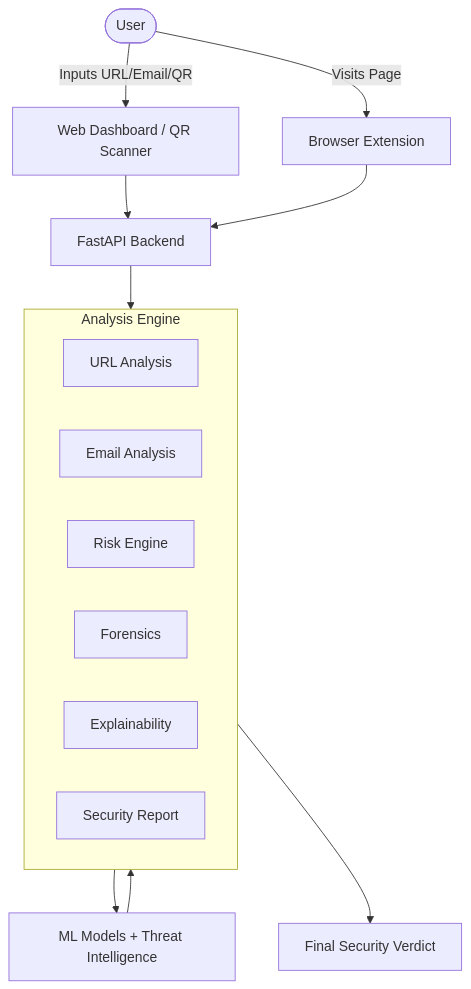
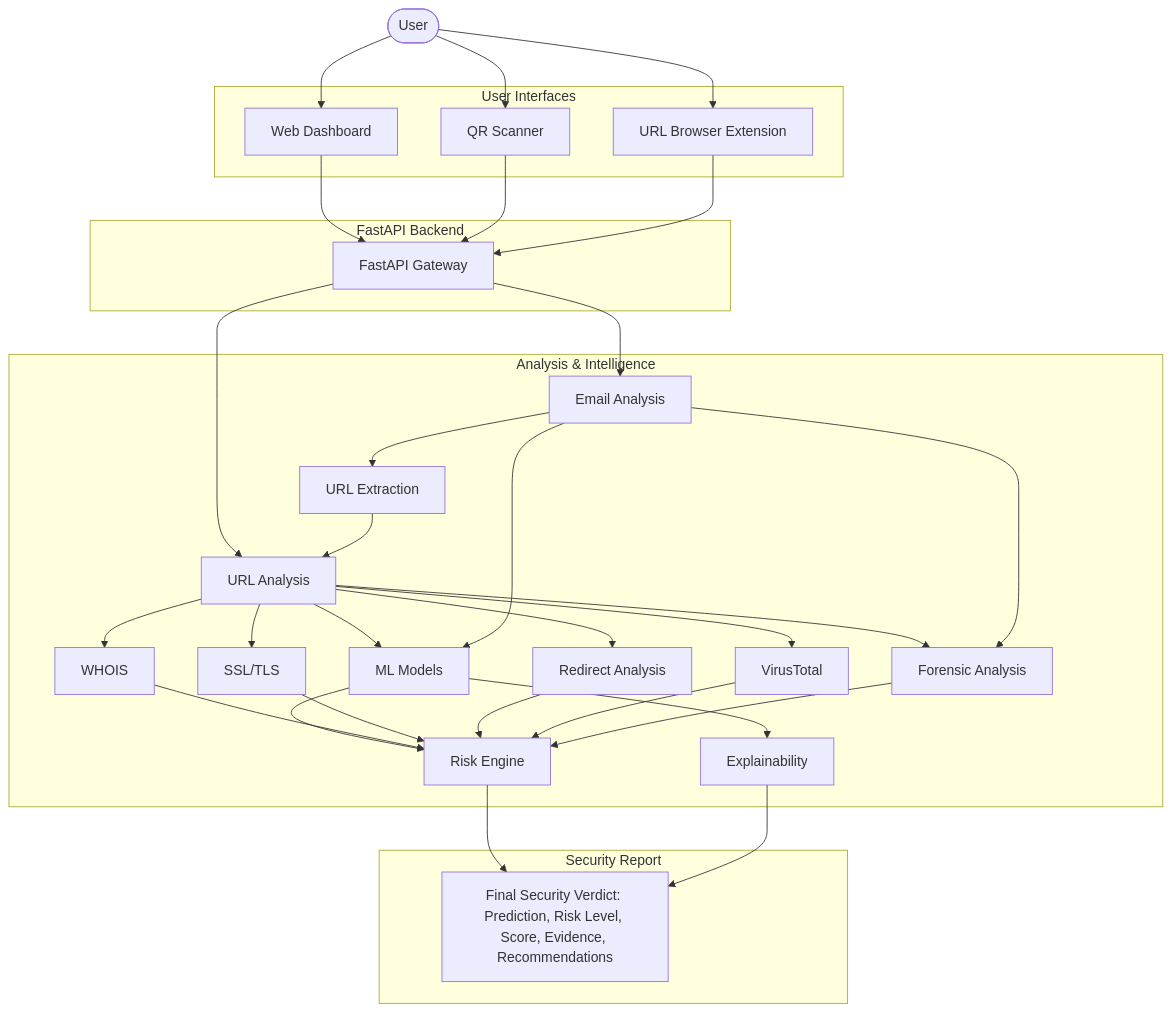
One commit to Dileep0610/PhishShieldAI changed the diagram in README.md. Above: the diagram before and after it, drawn with Mermaid. The commit also changed other lines of this file, not shown here.

````diff
--- a/README.md
+++ b/README.md
@@ -46,31 +56,69 @@
 ```mermaid
 flowchart TD
     User([User])
-    WebDashboard[Web Dashboard / QR Scanner]
-    BrowserExt[Browser Extension]
-    FastAPI[FastAPI Backend]
-    
-    subgraph AnalysisEngine [Analysis Engine]
+
+    subgraph UserInterfaces [User Interfaces]
+        WebDash[Web Dashboard]
+        QRScan[QR Scanner]
+        BrowserExt[URL Browser Extension]
+    end
+
+    subgraph Backend [FastAPI Backend]
+        API[FastAPI Gateway]
+    end
+
+    subgraph AnalysisEngine [Analysis & Intelligence]
         URLAnalysis[URL Analysis]
         EmailAnalysis[Email Analysis]
-        RiskEngine[Risk Engine]
-        Forensics[Forensics]
-        Explainability[Explainability]
-        SecurityReport[Security Report]
+        URLExtract[URL Extraction]
+        Risk[Risk Engine]
+        Forensics[Forensic Analysis]
+        Explain[Explainability]
+        
+        Models[ML Models]
+        WHOIS[WHOIS]
+        SSL[SSL/TLS]
+        Redirects[Redirect Analysis]
+        VT[VirusTotal]
     end
     
-    Models[ML Models + Threat Intelligence]
-    Verdict[Final Security Verdict]
+    subgraph Report [Security Report]
+        Verdict[Final Security Verdict: Prediction, Risk Level, Score, Evidence, Recommendations]
+    end
+
+    User --> WebDash
+    User --> QRScan
+    User --> BrowserExt
+
+    WebDash --> API
+    QRScan --> API
+    BrowserExt --> API
+
+    API --> URLAnalysis
+    API --> EmailAnalysis
     
-    User -->|Inputs URL/Email/QR| WebDashboard
-    User -->|Visits Page| BrowserExt
-    WebDashboard --> FastAPI
-    BrowserExt --> FastAPI
+    EmailAnalysis --> URLExtract
+    URLExtract --> URLAnalysis
     
-    FastAPI --> AnalysisEngine
+    URLAnalysis --> Models
+    EmailAnalysis --> Models
     
-    AnalysisEngine --> Models
-    Models --> AnalysisEngine
+    URLAnalysis --> WHOIS
+    URLAnalysis --> SSL
+    URLAnalysis --> Redirects
+    URLAnalysis --> VT
+    URLAnalysis --> Forensics
+    EmailAnalysis --> Forensics
     
-    AnalysisEngine --> Verdict
+    Models --> Risk
+    WHOIS --> Risk
+    SSL --> Risk
+    Redirects --> Risk
+    VT --> Risk
+    Forensics --> Risk
+    
+    Models --> Explain
+    
+    Risk --> Verdict
+    Explain --> Verdict
 ```
````
